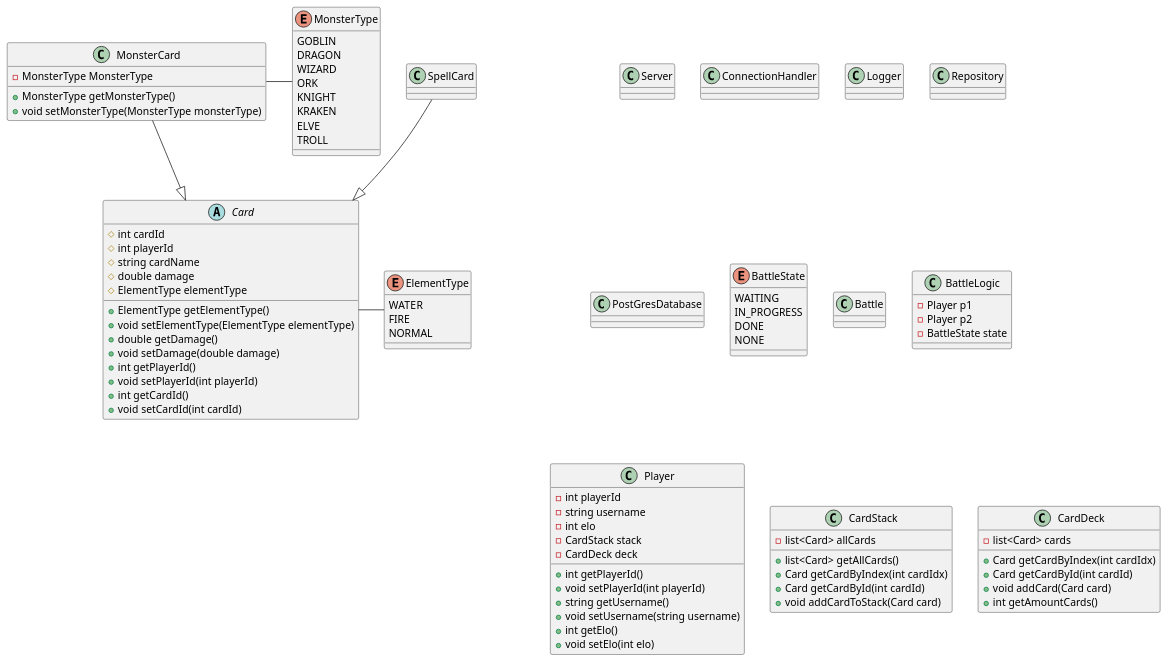
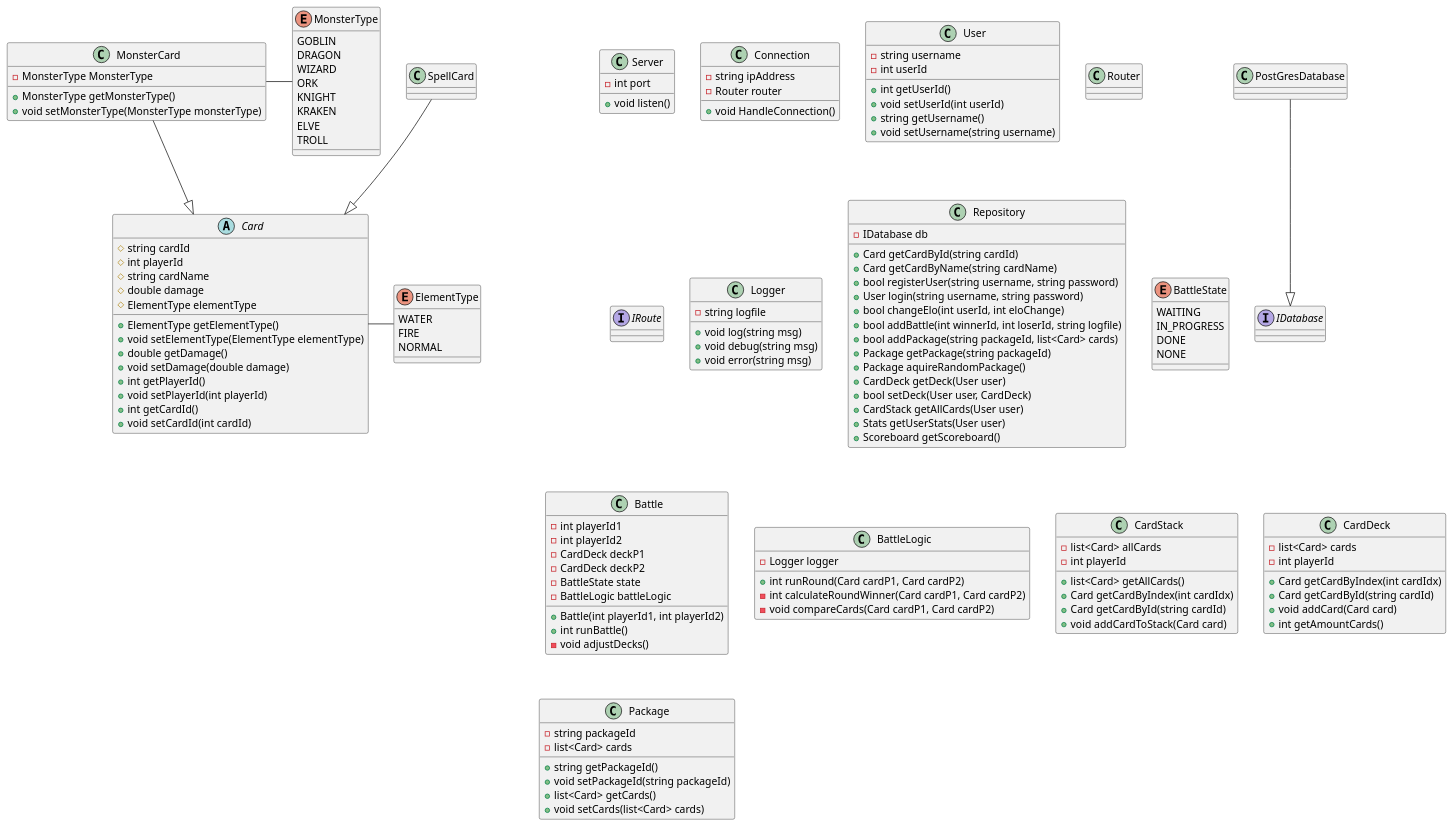
Before and after one commit to broteinheit/MonsterTradingCards: the diagram in UML_MonsterTradingCards.wsd, drawn with PlantUML.

Commit message:
add to UML

```diff
--- a/UML_MonsterTradingCards.wsd
+++ b/UML_MonsterTradingCards.wsd
@@ -1,118 +1,172 @@
 @startuml MonsterTradingCards
-class Server
+class Server {
+    -int port
 
-class ConnectionHandler
+    +void listen()
+}
 
-' Command/Routing still missing
+class Connection {
+    -string ipAddress
+    -Router router
 
-class Logger
+    +void HandleConnection()
+}
 
-class Repository
+class User {
+    -string username
+    -int userId
+
+    +int getUserId()
+    +void setUserId(int userId)
+    +string getUsername()
+    +void setUsername(string username)
+}
+
+class Router
+
+interface IRoute
+
+class Logger {
+    -string logfile
+
+    +void log(string msg)
+    +void debug(string msg)
+    +void error(string msg)
+}
+
+class Repository {
+    -IDatabase db
+
+    +Card getCardById(string cardId)
+    +Card getCardByName(string cardName)
+    +bool registerUser(string username, string password)
+    +User login(string username, string password)
+    +bool changeElo(int userId, int eloChange)
+    +bool addBattle(int winnerId, int loserId, string logfile)
+    +bool addPackage(string packageId, list<Card> cards)
+    +Package getPackage(string packageId)
+    +Package aquireRandomPackage()
+    +CardDeck getDeck(User user)
+    +bool setDeck(User user, CardDeck)
+    +CardStack getAllCards(User user)
+    +Stats getUserStats(User user)
+    +Scoreboard getScoreboard()
+}
+
+interface IDatabase
 
 class PostGresDatabase
 
 enum BattleState {
     WAITING
     IN_PROGRESS
     DONE
     NONE
 }
 
-' How will a battle be done
+class Battle {
+    -int playerId1
+    -int playerId2
+    -CardDeck deckP1
+    -CardDeck deckP2
+    -BattleState state
+    -BattleLogic battleLogic
 
-class Battle
+    +Battle(int playerId1, int playerId2)
+    +int runBattle()
+    -void adjustDecks()
+}
 
 class BattleLogic {
-    -Player p1
-    -Player p2
-    -BattleState state
+    -Logger logger
 
-
-}
-' is Player really necessary?
-class Player {
-    -int playerId
-    -string username
-    -int elo
-    -CardStack stack
-    -CardDeck deck
-
-    +int getPlayerId()
-    +void setPlayerId(int playerId)
-    +string getUsername()
-    +void setUsername(string username)
-    +int getElo()
-    +void setElo(int elo)
+    +int runRound(Card cardP1, Card cardP2)
+    -int calculateRoundWinner(Card cardP1, Card cardP2)
+    -void compareCards(Card cardP1, Card cardP2)
 }
 
 class CardStack {
     -list<Card> allCards
+    -int playerId
 
     +list<Card> getAllCards()
     +Card getCardByIndex(int cardIdx)
-    +Card getCardById(int cardId)
+    +Card getCardById(string cardId)
     +void addCardToStack(Card card)
 }
 
 class CardDeck {
     -list<Card> cards
+    -int playerId
 
     +Card getCardByIndex(int cardIdx)
-    +Card getCardById(int cardId)
+    +Card getCardById(string cardId)
     +void addCard(Card card)
     +int getAmountCards()
 }
 
+class Package {
+    -string packageId
+    -list<Card> cards
+
+    +string getPackageId()
+    +void setPackageId(string packageId)
+    +list<Card> getCards()
+    +void setCards(list<Card> cards)
+}
+
 abstract class Card {
-    #int cardId
+    #string cardId
     #int playerId
     #string cardName
     #double damage
     #ElementType elementType
 
     +ElementType getElementType()
     +void setElementType(ElementType elementType)
     +double getDamage()
     +void setDamage(double damage)
     +int getPlayerId()
     +void setPlayerId(int playerId)
     +int getCardId()
     +void setCardId(int cardId)
 }
 
 enum ElementType {
     WATER
     FIRE
     NORMAL
 }
 
 enum MonsterType {
     GOBLIN
     DRAGON
     WIZARD
     ORK
     KNIGHT
     KRAKEN
     ELVE
     TROLL
 }
 
 class MonsterCard {
     -MonsterType MonsterType
 
 
     +MonsterType getMonsterType()
     +void setMonsterType(MonsterType monsterType)
 }
 
 class SpellCard {
 
 }
 
 Card - ElementType
 MonsterCard - MonsterType
 
 MonsterCard --|> Card
 SpellCard --|> Card
 
+PostGresDatabase --|> IDatabase
+
 @enduml
```
